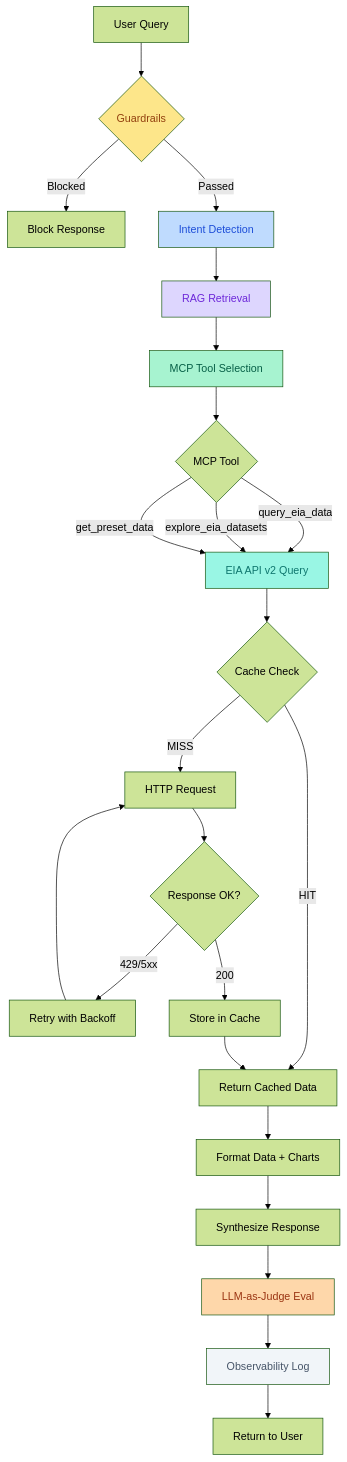
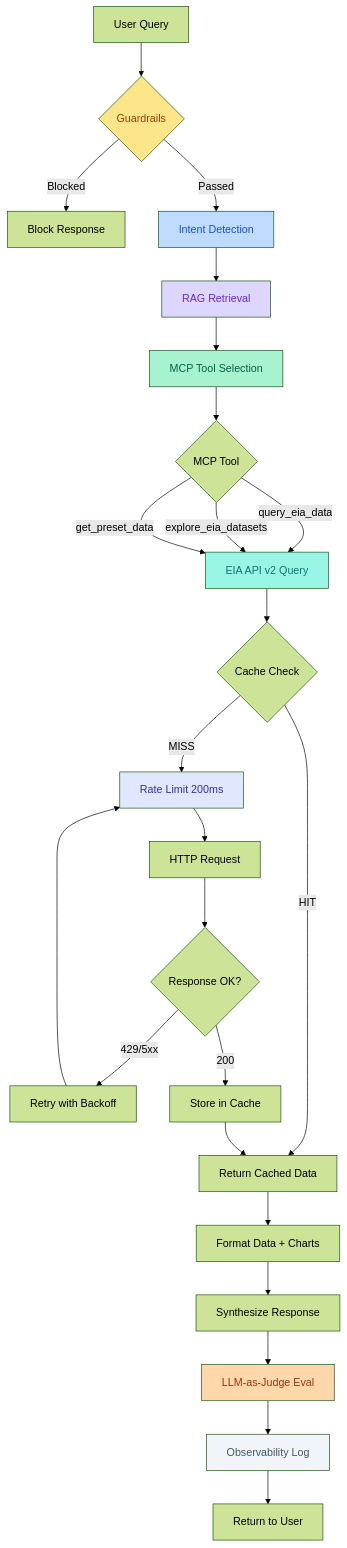
Before and after one commit to srikarananand/EIA-Energy-Research-Assistant: the first of 2 diagrams in ARCHITECTURE.md, drawn with Mermaid (forest theme). The commit also changed other lines of this file, not shown here.

Commit message:
Update architecture documentation with new components

````diff
--- a/ARCHITECTURE.md
+++ b/ARCHITECTURE.md
@@ -10,33 +10,35 @@
 ```mermaid
 graph TD
     A[User Query] --> B{Guardrails}
     B -->|Blocked| Z[Block Response]
     B -->|Passed| C[Intent Detection]
     C --> D[RAG Retrieval]
     D --> E[MCP Tool Selection]
     E --> F{MCP Tool}
     F -->|query_eia_data| G[EIA API v2 Query]
     F -->|explore_eia_datasets| G
     F -->|get_preset_data| G
     G --> H{Cache Check}
     H -->|HIT| I[Return Cached Data]
-    H -->|MISS| J[HTTP Request]
+    H -->|MISS| RL[Rate Limit 200ms]
+    RL --> J[HTTP Request]
     J --> K{Response OK?}
     K -->|429/5xx| L[Retry with Backoff]
-    L --> J
+    L --> RL
     K -->|200| M[Store in Cache]
     M --> I
     I --> N[Format Data + Charts]
     N --> O[Synthesize Response]
     O --> P[LLM-as-Judge Eval]
     P --> Q[Observability Log]
     Q --> R[Return to User]
 
     style B fill:#FDE68A,color:#92400E
     style C fill:#BFDBFE,color:#1D4ED8
     style D fill:#DDD6FE,color:#6D28D9
     style E fill:#A7F3D0,color:#065F46
     style G fill:#99F6E4,color:#0F766E
+    style RL fill:#E0E7FF,color:#3730A3
     style P fill:#FED7AA,color:#9A3412
     style Q fill:#F1F5F9,color:#475569
 ```
````
